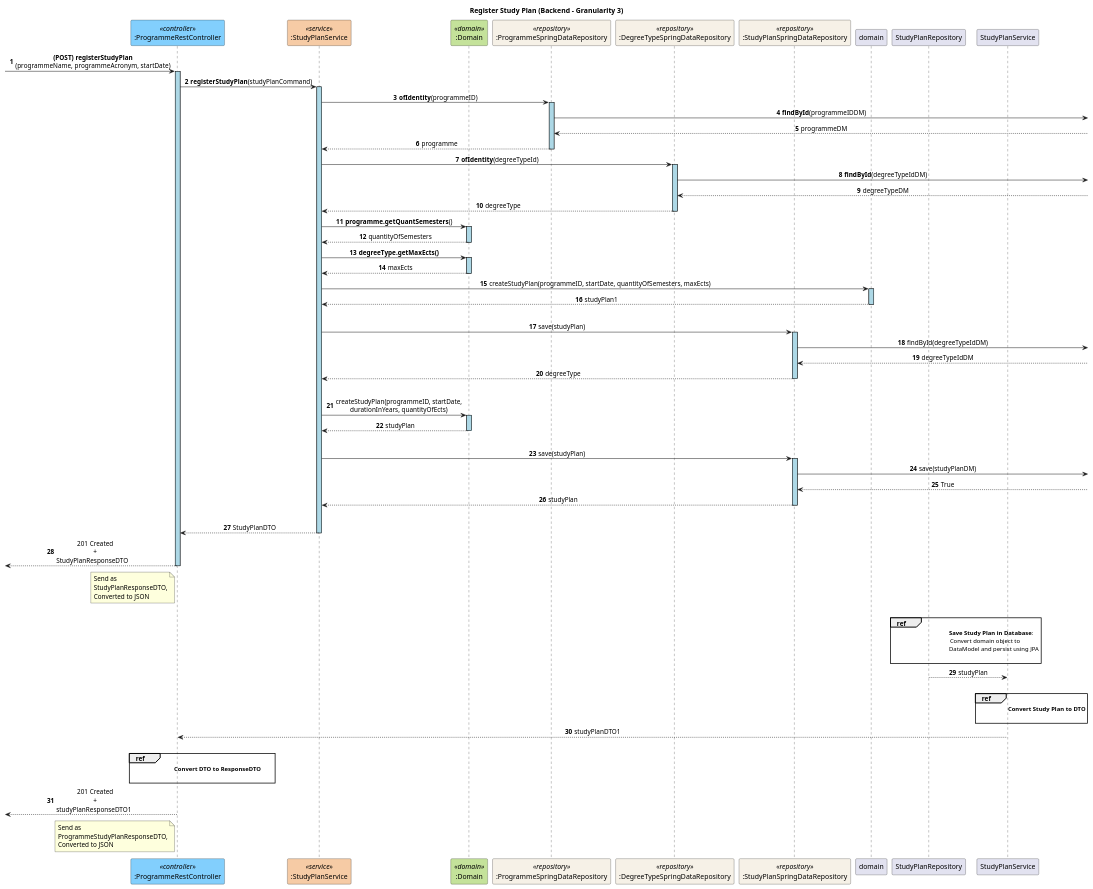
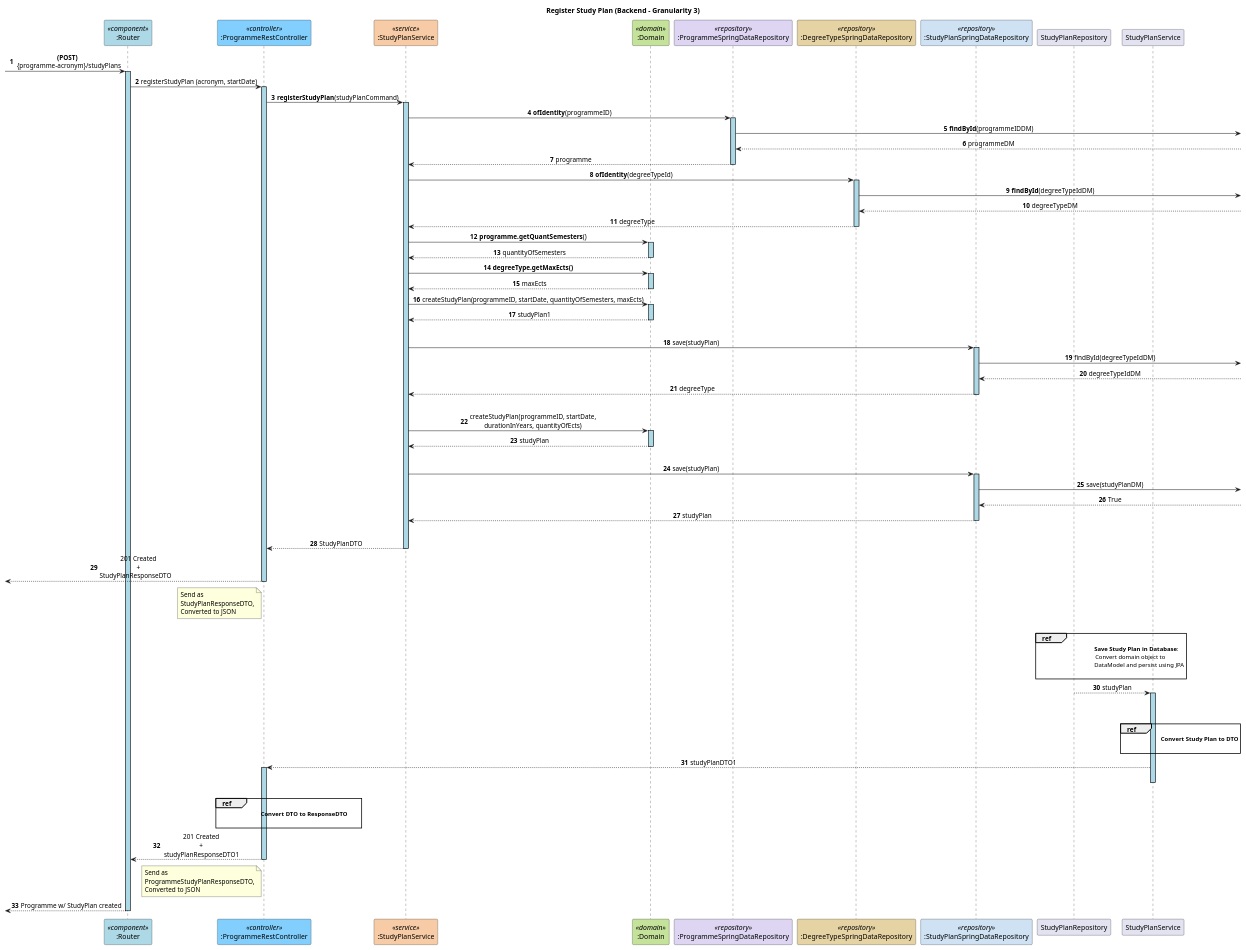
Before and after one commit to GasparISEP/DevOps-PAI: the diagram in docs/US27/Sprint6/ProcessView/Level3.puml, drawn with PlantUML.

Commit message:
Refs #700: Refactor of US27 - Sprint 6 - ProcessView Lvl 3 Diagram

```diff
--- a/docs/US27/Sprint6/ProcessView/Level3.puml
+++ b/docs/US27/Sprint6/ProcessView/Level3.puml
@@ -1,107 +1,115 @@
 @startuml
 title Register Study Plan (Backend - Granularity 3)
 skinparam sequenceLifeLineBackgroundColor lightblue
 skinparam sequenceMessageAlign center
 autonumber
 
+participant ":Router" as Router <<component>> #ADD8E6
 participant ":ProgrammeRestController" as RestController <<controller>> #82CFFD
 participant ":StudyPlanService" as Service <<service>> #F6CBA5
 participant ":Domain" as Domain <<domain>> #C4E29A
-participant ":ProgrammeSpringDataRepository" as ProgrammeRepository <<repository>> #F6F1E7
-participant ":DegreeTypeSpringDataRepository" as DegreeTypeRepository <<repository>> #F6F1E7
-participant ":StudyPlanSpringDataRepository" as Repository <<repository>> #F6F1E7
+participant ":ProgrammeSpringDataRepository" as ProgrammeRepository <<repository>> #DDD5F2
+participant ":DegreeTypeSpringDataRepository" as DegreeTypeRepository <<repository>> #E6D3A3
+participant ":StudyPlanSpringDataRepository" as Repository <<repository>> #CFE2F3
 
-
--> RestController: **(POST) registerStudyPlan**\n(programmeName, programmeAcronym, startDate)
+-> Router: **(POST)** \n {programme-acronym}/studyPlans
+activate Router
+Router -> RestController: registerStudyPlan (acronym, startDate)
 activate RestController
 RestController -> Service: **registerStudyPlan**(studyPlanCommand)
 activate Service
 Service -> ProgrammeRepository ++: **ofIdentity**(programmeID)
 ProgrammeRepository -> : **findById**(programmeIDDM)
 ProgrammeRepository <-- : programmeDM
 ProgrammeRepository --> Service --: programme
 
 Service -> DegreeTypeRepository ++: **ofIdentity**(degreeTypeId)
 DegreeTypeRepository -> : **findById**(degreeTypeIdDM)
 DegreeTypeRepository <-- : degreeTypeDM
 DegreeTypeRepository --> Service --: degreeType
 Service -> Domain ++: **programme.getQuantSemesters**()
 Domain --> Service --: quantityOfSemesters
 Service -> Domain ++: **degreeType.getMaxEcts()**
 Domain --> Service --: maxEcts
 
-Service -> domain: createStudyPlan(programmeID, startDate, quantityOfSemesters, maxEcts)
-activate domain
-domain --> Service: studyPlan1
-deactivate domain
+Service -> Domain: createStudyPlan(programmeID, startDate, quantityOfSemesters, maxEcts)
+activate Domain
+Domain --> Service: studyPlan1
+deactivate Domain
 |||
 Service -> Repository: save(studyPlan)
 activate Repository
 Repository -> : findById(degreeTypeIdDM)
 Repository <-- : degreeTypeIdDM
 Repository --> Service: degreeType
 deactivate Repository
 |||
 Service -> Domain: createStudyPlan(programmeID, startDate,\ndurationInYears, quantityOfEcts)
 activate Domain
 Domain --> Service: studyPlan
 deactivate Domain
 |||
 Service -> Repository: save(studyPlan)
 activate Repository
 Repository -> : save(studyPlanDM)
 Repository <-- : True
 Repository --> Service: studyPlan
 deactivate Repository
 |||
 Service --> RestController: StudyPlanDTO
 deactivate Service
 <-- RestController: 201 Created \n+ \nStudyPlanResponseDTO\t
 deactivate RestController
 note left RestController
   Send as
   StudyPlanResponseDTO,
   Converted to JSON
 end note
 
 
 
 
 
 
 
 
 
 
 
 |||
 ref over StudyPlanRepository
        \t\t\t\t **Save Study Plan in Database**:
     \t \t \t Convert domain object to
     \t\t\t\t     DataModel and persist using JPA\t
 
 end ref
 
 StudyPlanRepository --> StudyPlanService: studyPlan
+activate StudyPlanService
 deactivate StudyPlanRepository
 |||
 ref over StudyPlanService
-  \t\t    **Convert Study Plan to DTO**
+  \t\t    **     Convert Study Plan to DTO**
 
 end ref
 StudyPlanService --> RestController: studyPlanDTO1
+activate RestController
 deactivate StudyPlanService
 |||
 ref over RestController
   \t\t\t    **Convert DTO to ResponseDTO**\t
 
 end ref
-<-- RestController: 201 Created \n+ \nstudyPlanResponseDTO1\t
+Router <-- RestController: 201 Created \n+ \n studyPlanResponseDTO1\t
 deactivate RestController
 note left RestController
   Send as
   ProgrammeStudyPlanResponseDTO,
   Converted to JSON
 end note
 
+ <-- Router : Programme w/ StudyPlan created
+deactivate Router
+
+
 @enduml
```
